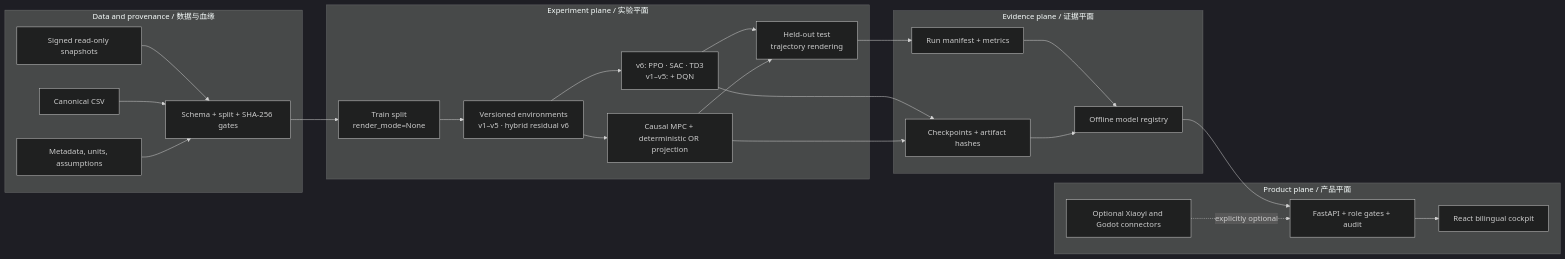
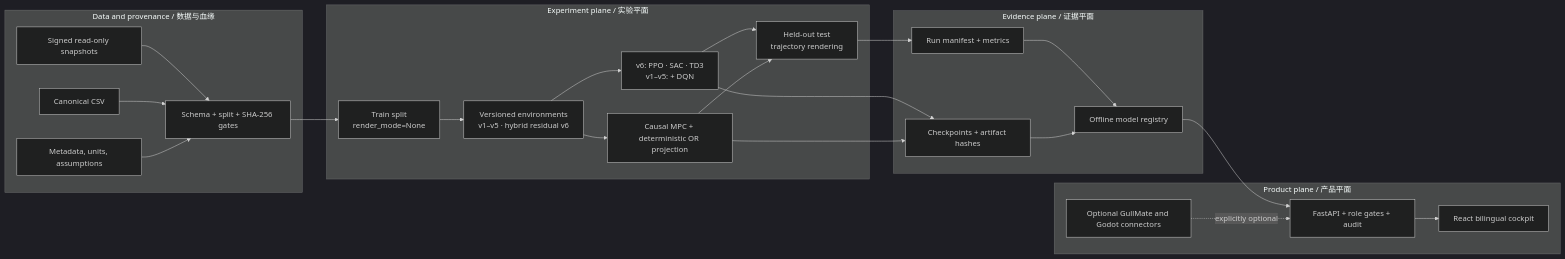
The diagram in README.md (wenjiayi123/port-energy-carbon-cockpit), drawn with Mermaid (dark theme) before and after one commit. The commit also changed other lines of this file and 69 other files, not shown here.

````diff
--- a/README.md
+++ b/README.md
@@ -150,40 +150,40 @@
 ```mermaid
 flowchart LR
   subgraph Data["Data and provenance / 数据与血缘"]
     LIVE["Signed read-only snapshots"]
     CSV["Canonical CSV"]
     META["Metadata, units, assumptions"]
     HASH["Schema + split + SHA-256 gates"]
     LIVE --> HASH
     CSV --> HASH
     META --> HASH
   end
 
   subgraph Experiment["Experiment plane / 实验平面"]
     TRAIN["Train split\nrender_mode=None"]
     ENV["Versioned environments\nv1–v5 · hybrid residual v6"]
     RL["v6: PPO · SAC · TD3\nv1–v5: + DQN"]
     MPC["Causal MPC + deterministic OR projection"]
     TEST["Held-out test\ntrajectory rendering"]
     HASH --> TRAIN --> ENV
     ENV --> RL --> TEST
     ENV --> MPC --> TEST
   end
 
   subgraph Evidence["Evidence plane / 证据平面"]
     RUN["Run manifest + metrics"]
     ART["Checkpoints + artifact hashes"]
     REG["Offline model registry"]
     TEST --> RUN --> REG
     RL --> ART --> REG
     MPC --> ART
   end
 
   subgraph Product["Product plane / 产品平面"]
     API["FastAPI + role gates + audit"]
     UI["React bilingual cockpit"]
-    OPT["Optional Xiaoyi and Godot connectors"]
+    OPT["Optional GullMate and Godot connectors"]
     REG --> API --> UI
     OPT -. "explicitly optional" .-> API
   end
 ```
````
